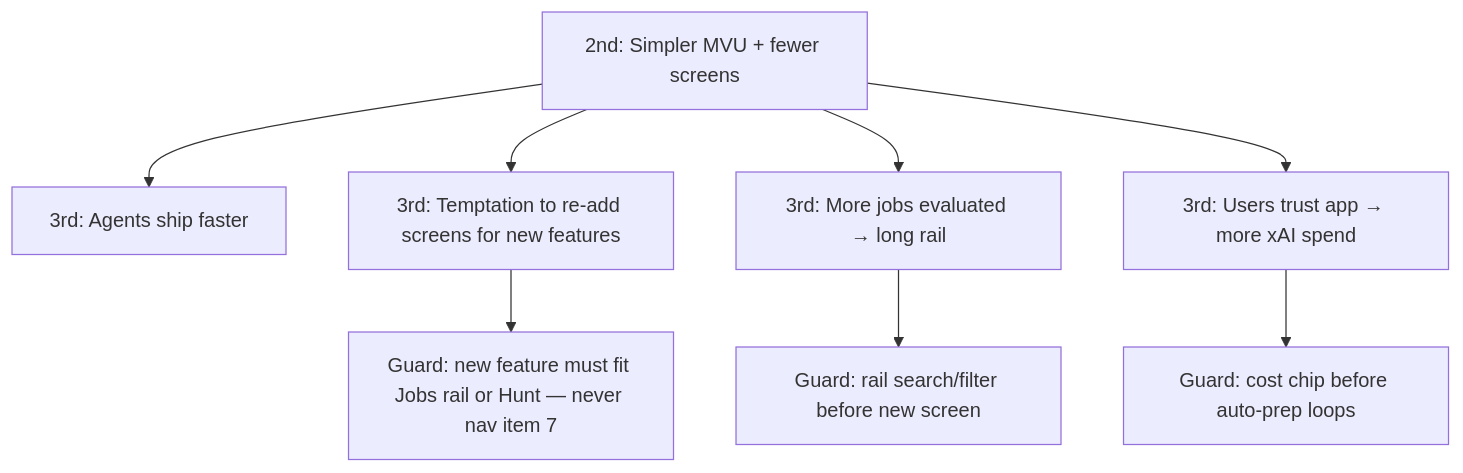
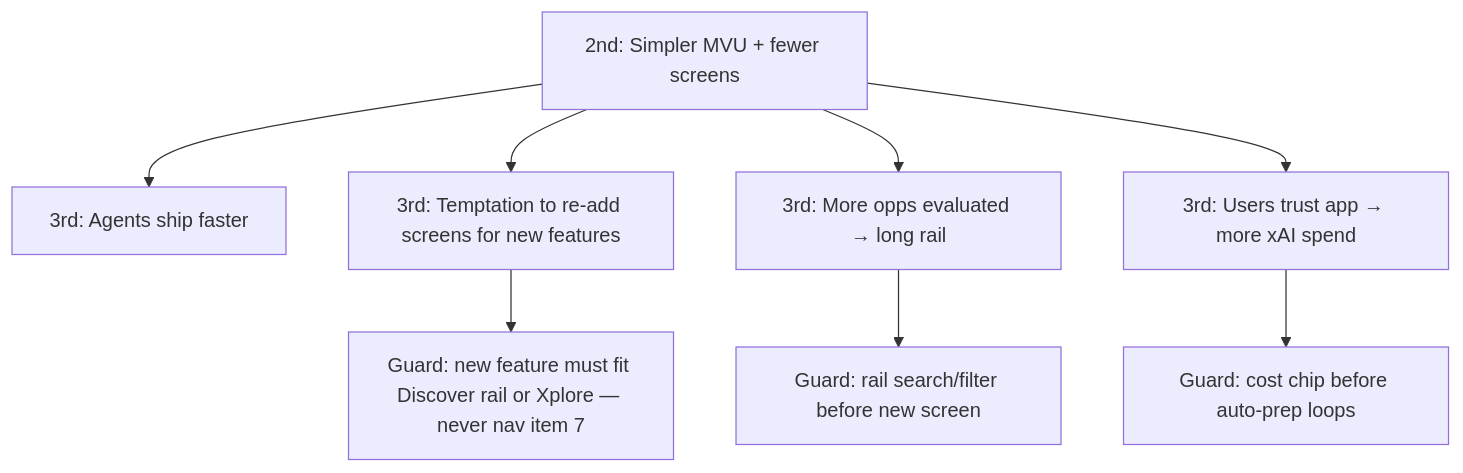
One commit to p10ns11y/collab-finder changed the fourth of 13 diagrams in reports/single-pr-intuitive-product.md. Above: the diagram before and after it, drawn with Mermaid. The commit also changed other lines of this file and 2 other files, not shown here.

Commit message:
docs: fix Mermaid parse error in Current system diagram (quote node label with outer double quotes for inner ' ); update more terminology in reports to Discover/Xplore for 100% code reality

````diff
--- a/reports/single-pr-intuitive-product.md
+++ b/reports/single-pr-intuitive-product.md
@@ -145,15 +145,15 @@
 ```mermaid
 flowchart TB
   O2["2nd: Simpler MVU + fewer screens"]
   O3a["3rd: Agents ship faster"]
   O3b["3rd: Temptation to re-add screens for new features"]
-  O3c["3rd: More jobs evaluated → long rail"]
+  O3c["3rd: More opps evaluated → long rail"]
   O3d["3rd: Users trust app → more xAI spend"]
   O2 --> O3a
   O2 --> O3b
   O2 --> O3c
   O2 --> O3d
-  O3b --> R1["Guard: new feature must fit Jobs rail or Hunt — never nav item 7"]
+  O3b --> R1["Guard: new feature must fit Discover rail or Xplore — never nav item 7"]
   O3c --> R2["Guard: rail search/filter before new screen"]
   O3d --> R3["Guard: cost chip before auto-prep loops"]
 ```
````
